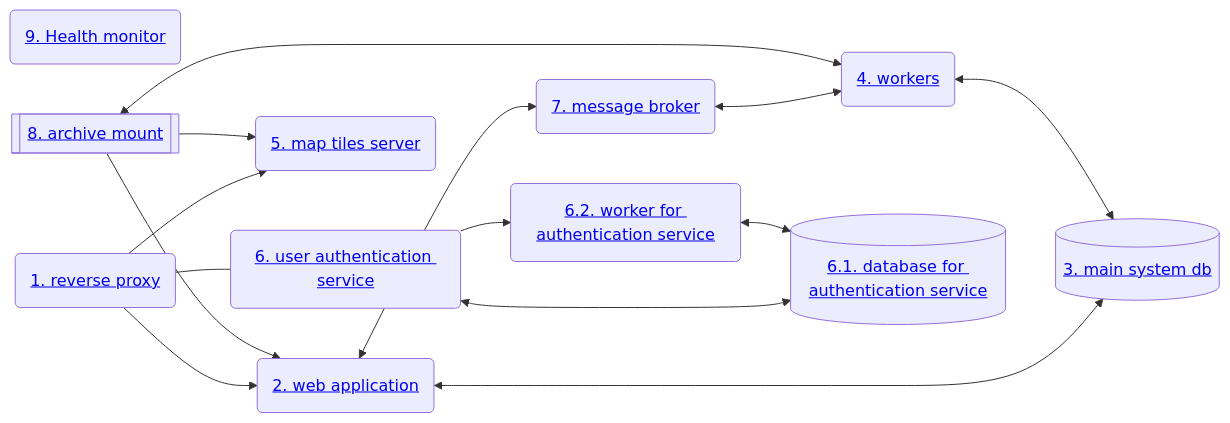
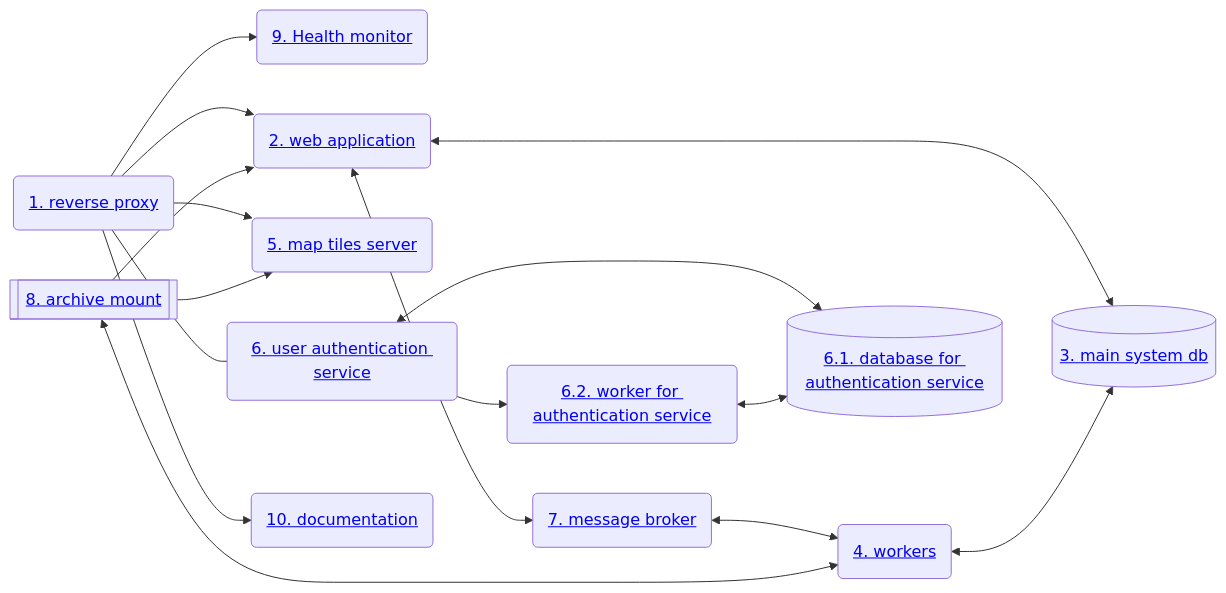
The diagram in docs/admin-guide.md (NaturalGIS/seis-lab-data), drawn with Mermaid before and after one commit. The commit also changed other lines of this file and 3 other files, not shown here.

````diff
--- a/docs/admin-guide.md
+++ b/docs/admin-guide.md
@@ -470,27 +670,30 @@
 ```mermaid
 flowchart LR
     monitor(<a href="#9-health-monitor-component">9. Health monitor</a>)
     rev-proxy(<a href="#1-reverse-proxy-component">1. reverse proxy</a>)
     webapp(<a href="#2-web-application-component">2. web application</a>)
     db[(<a href="#3-main-system-db-component">3. main system db</a>)]
     workers(<a href="#4-workers-component">4. workers</a>)
     tile-server(<a href="#5-map-tiles-server-component">5. map tiles server</a>)
     auth-webapp(<a href="#6-user-authentication-service-component">6. user authentication service</a>)
     auth-db[(<a href="#61-database-for-authentication-service-component">6.1. database for authentication service</a>)]
     auth-worker(<a href="#62-worker-for-authentication-service-component">6.2. worker for authentication service</a>)
     message-broker(<a href="#7-message-broker-component">7. message broker</a>)
     arch[[<a href="#8-archive-mount-component">8. archive mount</a>]]
+    docs(<a href="#10-documentation-component">10. documentation</a>)
     rev-proxy --> webapp
     rev-proxy --> tile-server
+    rev-proxy --> monitor
+    rev-proxy --> docs
     rev-proxy --- auth-webapp
     auth-webapp <--> auth-db
     auth-webapp --> auth-worker
     auth-worker <--> auth-db
     webapp <--> db
     workers <--> db
     webapp <--> message-broker
     message-broker <--> workers
     arch --> webapp
     arch --> tile-server
     arch <--> workers
 ```
````
